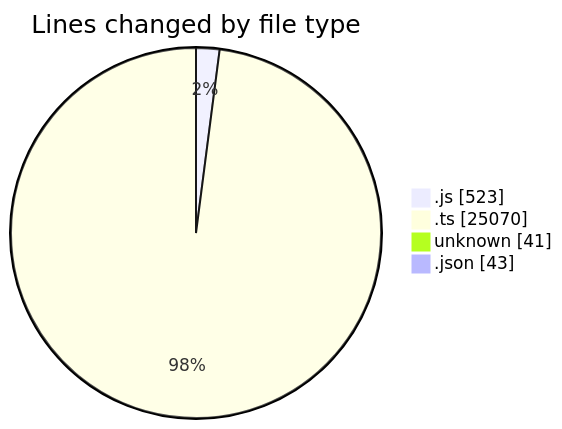
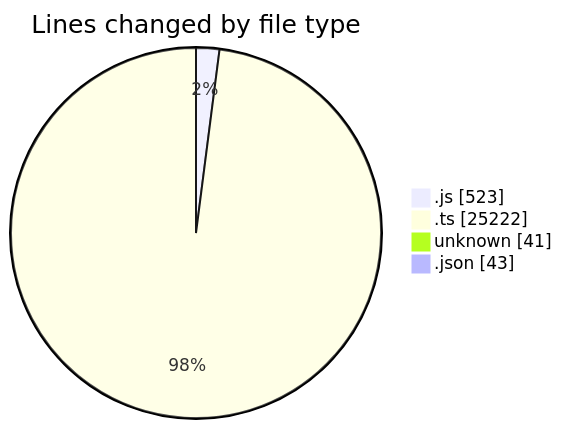
Before and after one commit to momahboobian/code-tracking: the first of 2 diagrams in 2025-08-15/cda/README.md, drawn with Mermaid. The commit also changed other lines of this file and 1 other file, not shown here.

````diff
--- a/2025-08-15/cda/README.md
+++ b/2025-08-15/cda/README.md
@@ -31,8 +31,8 @@
 ```mermaid
 pie showData
 title Lines changed by file type
 ".js" : 523
-".ts" : 25070
+".ts" : 25222
 "unknown" : 41
 ".json" : 43
 ```
````
